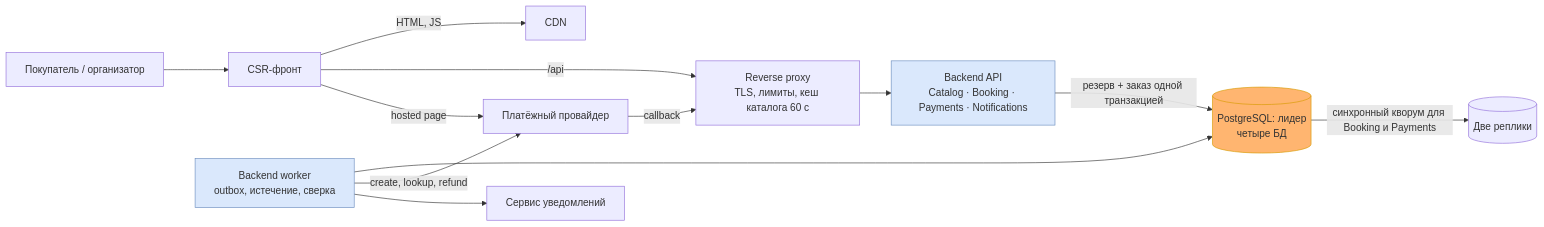
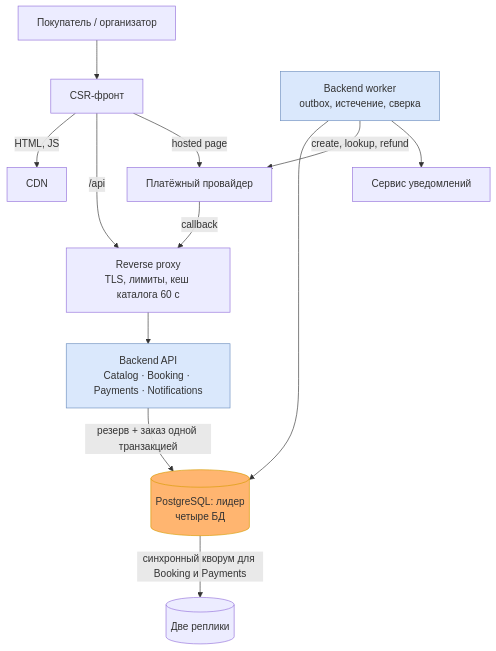
The diagram in docs/final-solution.md (TIR44/event-ticket-booking), drawn with Mermaid before and after one commit. The commit also changed 1 other file, not shown here.

Commit message:
Укоротил подписи схемы реплик и развернул итоговую схему по вертикали
Подписи рёбер синхронной репликации и архива налезали друг на друга,
а горизонтальная итоговая схема выходила слишком мелкой. Режим
репликации по базам вынес в пояснение под схемой.

````diff
--- a/docs/final-solution.md
+++ b/docs/final-solution.md
@@ -73,18 +73,18 @@
 ```mermaid
-flowchart LR
+flowchart TB
     U["Покупатель / организатор"] --> WEB["CSR-фронт"]
     WEB -->|"HTML, JS"| CDN["CDN"]
     WEB -->|"/api"| PX["Reverse proxy<br/>TLS, лимиты, кеш каталога 60 с"]
     PX --> API["Backend API<br/>Catalog · Booking · Payments · Notifications"]
     W["Backend worker<br/>outbox, истечение, сверка"]
     API -->|"резерв + заказ одной транзакцией"| L[("PostgreSQL: лидер<br/>четыре БД")]
     W --> L
     L -->|"синхронный кворум для Booking и Payments"| R[("Две реплики")]
     W -->|"create, lookup, refund"| PAY["Платёжный провайдер"]
     PAY -->|"callback"| PX
     W --> MSG["Сервис уведомлений"]
     WEB -->|"hosted page"| PAY
     style API fill:#DAE8FC,stroke:#6C8EBF
     style W fill:#DAE8FC,stroke:#6C8EBF
     style L fill:#FFB570,stroke:#D79B00
 ```
````
